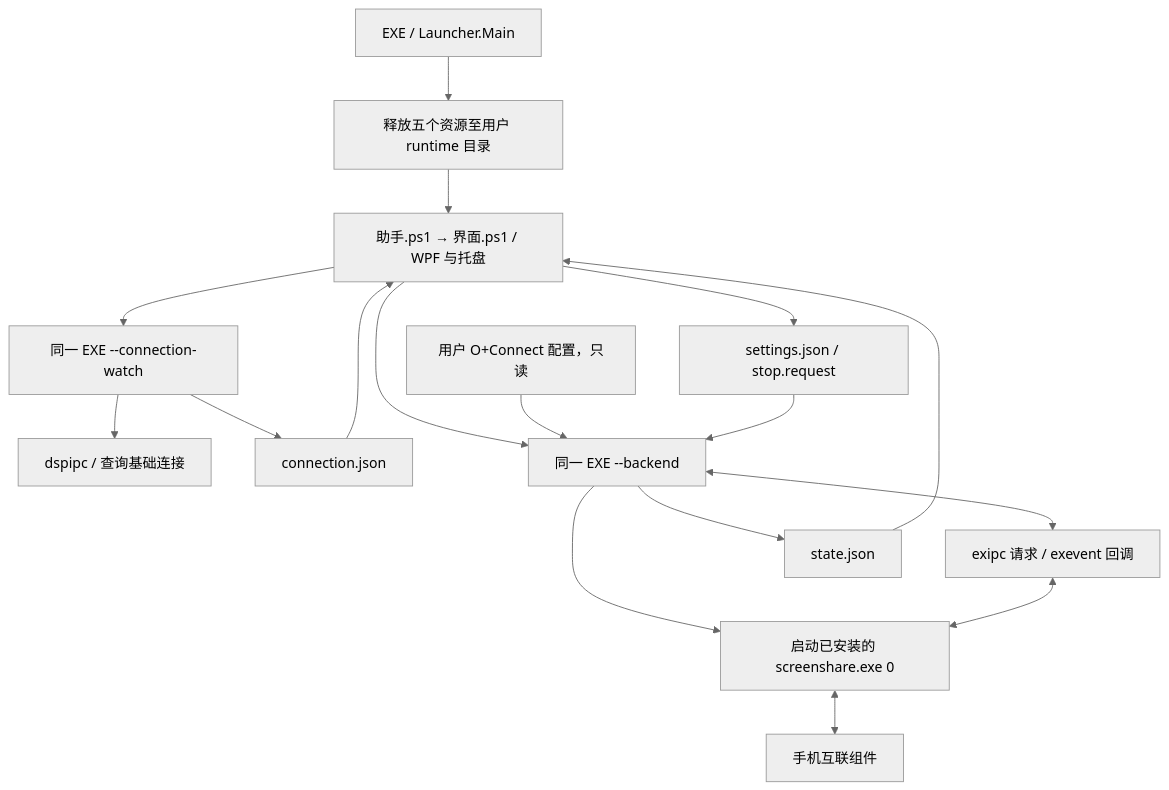
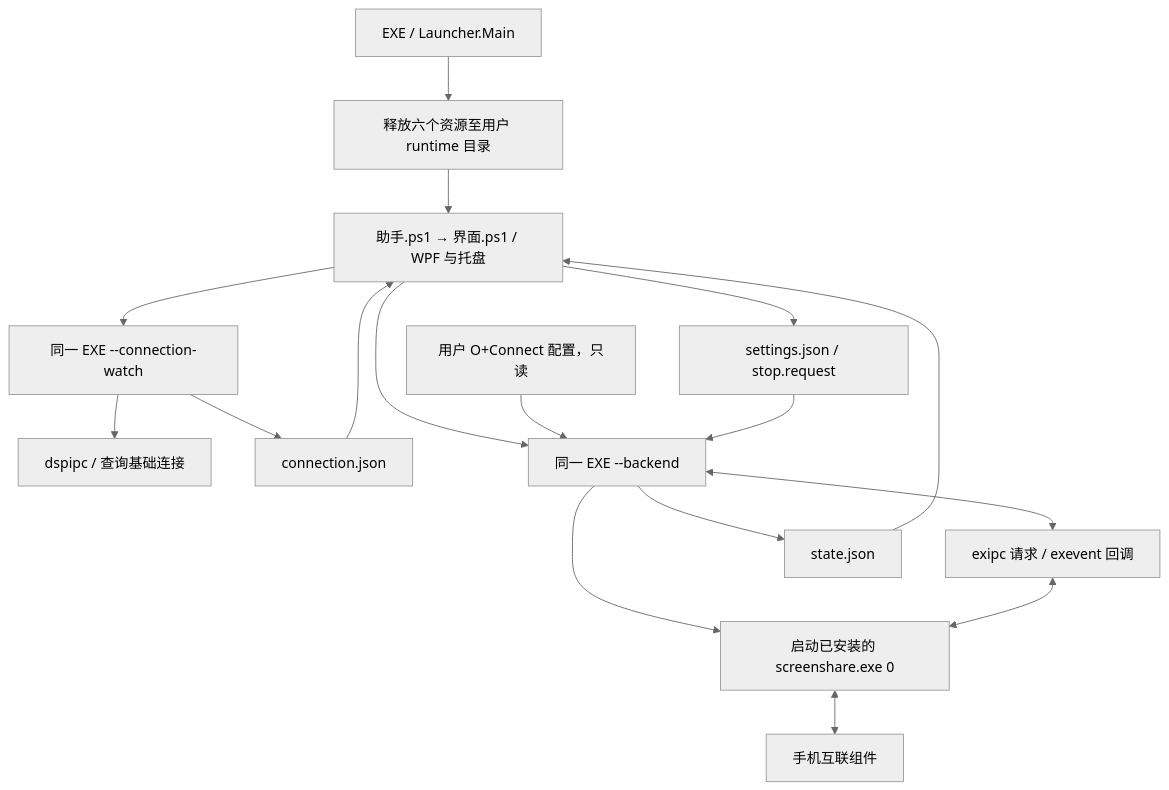
Before and after one commit to ReubenChe/OPPO-Mouse-Sharing: the diagram in README.md, drawn with Mermaid (neutral theme). The commit also changed other lines of this file and 8 other files, not shown here.

````diff
--- a/README.md
+++ b/README.md
@@ -61,19 +68,19 @@
 ```mermaid
 flowchart TD
-    EXE[EXE / Launcher.Main] --> Extract[释放五个资源至用户 runtime 目录]
+    EXE[EXE / Launcher.Main] --> Extract[释放六个资源至用户 runtime 目录]
     Extract --> PS[助手.ps1 → 界面.ps1 / WPF 与托盘]
     PS --> Watch[同一 EXE --connection-watch]
     Watch --> DSP[dspipc / 查询基础连接]
     Watch --> Connection[connection.json]
     Connection --> PS
     PS --> Share[同一 EXE --backend]
     Config[用户 O+Connect 配置，只读] --> Share
     Share --> Native[启动已安装的 screenshare.exe 0]
     Share <--> IPC[exipc 请求 / exevent 回调]
     IPC <--> Native
     Native <--> Phone[手机互联组件]
     Share --> State[state.json]
     State --> PS
     PS --> Control[settings.json / stop.request]
     Control --> Share
 ```
````
